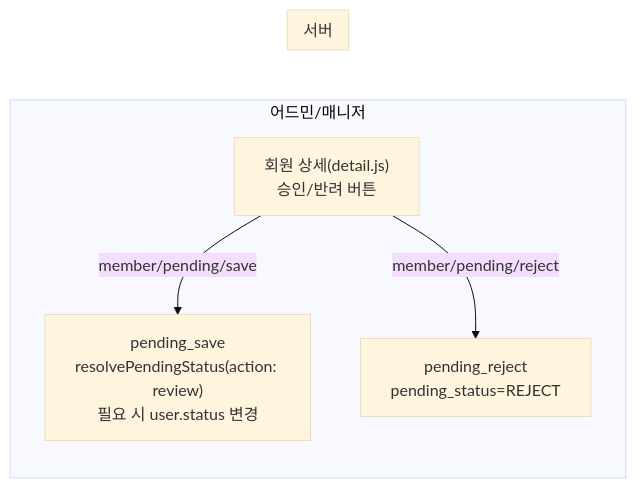
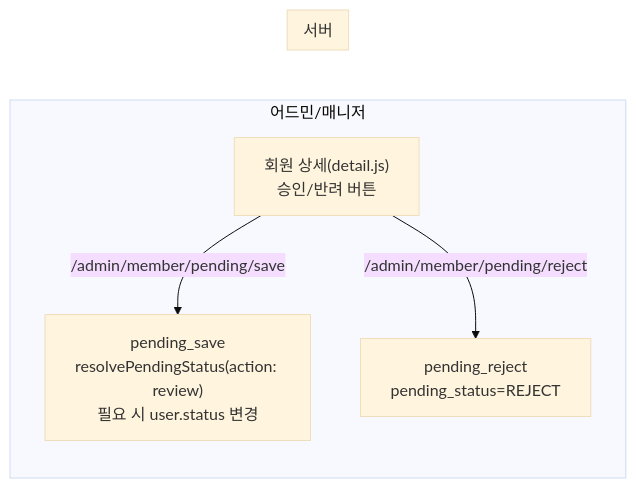
The third of 4 diagrams in content/architecture/member-review-fsm.md (coupler-developer/docs), drawn with Mermaid (base theme) before and after one commit. The commit also changed other lines of this file and 3 other files, not shown here.

First line of the commit message:
docs: 회원 심사 FSM/플로우 정합성 정리

````diff
--- a/content/architecture/member-review-fsm.md
+++ b/content/architecture/member-review-fsm.md
@@ -81,11 +82,11 @@
 ```mermaid
 flowchart LR
   subgraph ADMIN[어드민/매니저]
-    D1["회원 상세(detail.js)\n승인/반려 버튼"] -->|member/pending/save| S4
-    D1 -->|member/pending/reject| S5
+    D1["회원 상세(detail.js)\n승인/반려 버튼"] -->|/admin/member/pending/save| S4
+    D1 -->|/admin/member/pending/reject| S5
   end
   subgraph SERVER[서버]
     S4["pending_save\nresolvePendingStatus(action: review)\n필요 시 user.status 변경"]
     S5["pending_reject\npending_status=REJECT"]
   end
 ```
````
